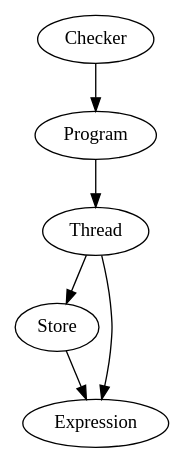
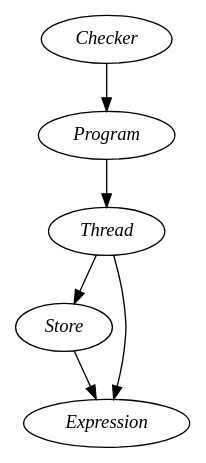
The diagram in diss/demodiss/figs/interfaces.gv (isaac-dunn/Part2_Project), drawn with Graphviz before and after one commit.

Commit message:
Italic font for interfaces figure

```diff
--- a/diss/demodiss/figs/interfaces.gv
+++ b/diss/demodiss/figs/interfaces.gv
@@ -1,8 +1,8 @@
 digraph SoftDesign {
-    node [fontname="Palatino"]
+    node [fontname="Palatino-Italic"]
     Store -> Expression;
     Thread -> Expression;
     Thread -> Store;
     Program -> Thread;
     Checker -> Program;
 }
```
